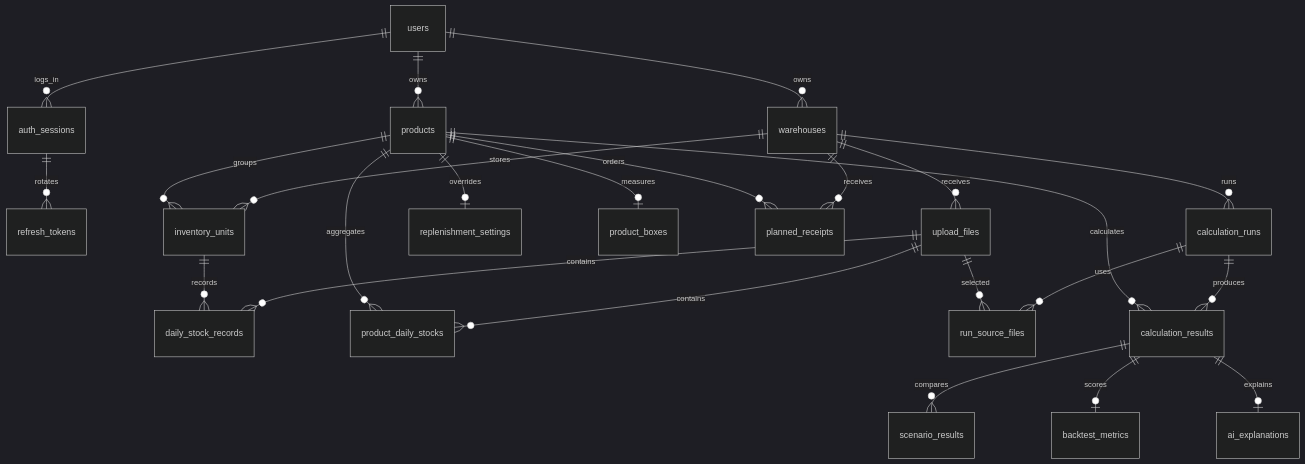
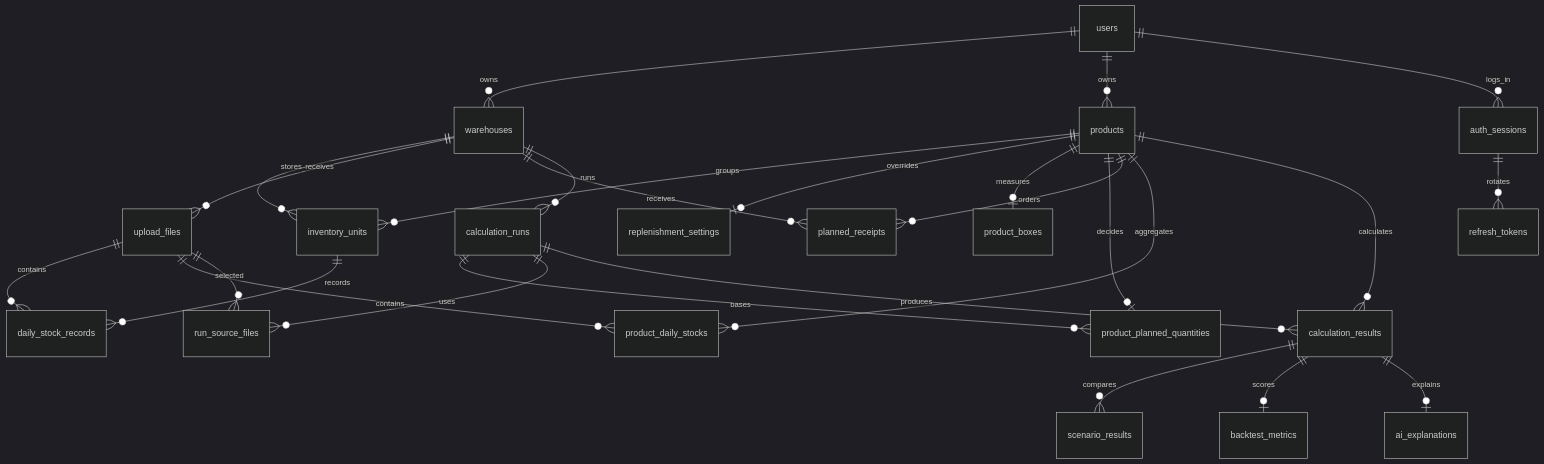
One commit to IpgoITGO/ipgo-server changed the diagram in docs/database/erd-v1.md. Above: the diagram before and after it, drawn with Mermaid (dark theme). The commit also changed other lines of this file and 12 other files, not shown here.

````diff
--- a/docs/database/erd-v1.md
+++ b/docs/database/erd-v1.md
@@ -12,29 +12,31 @@
 ```mermaid
 erDiagram
     users ||--o{ warehouses : owns
     users ||--o{ products : owns
     users ||--o{ auth_sessions : logs_in
     auth_sessions ||--o{ refresh_tokens : rotates
 
     warehouses ||--o{ inventory_units : stores
     products ||--o{ inventory_units : groups
     warehouses ||--o{ upload_files : receives
     products ||--o| replenishment_settings : overrides
     products ||--o| product_boxes : measures
+    products ||--o| product_planned_quantities : decides
+    calculation_runs ||--o{ product_planned_quantities : bases
     warehouses ||--o{ planned_receipts : receives
     products ||--o{ planned_receipts : orders
 
     upload_files ||--o{ daily_stock_records : contains
     inventory_units ||--o{ daily_stock_records : records
     upload_files ||--o{ product_daily_stocks : contains
     products ||--o{ product_daily_stocks : aggregates
 
     warehouses ||--o{ calculation_runs : runs
     calculation_runs ||--o{ run_source_files : uses
     upload_files ||--o{ run_source_files : selected
     calculation_runs ||--o{ calculation_results : produces
     products ||--o{ calculation_results : calculates
     calculation_results ||--o{ scenario_results : compares
     calculation_results ||--o| backtest_metrics : scores
     calculation_results ||--o| ai_explanations : explains
 ```
````
